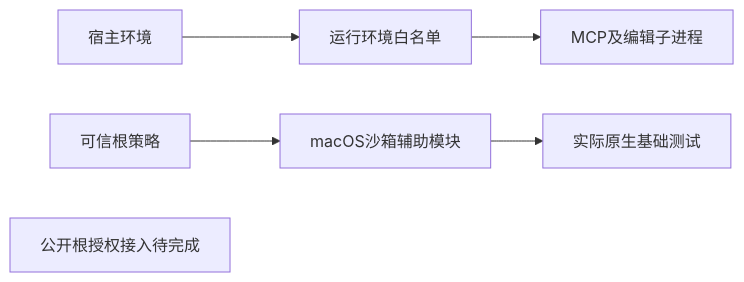
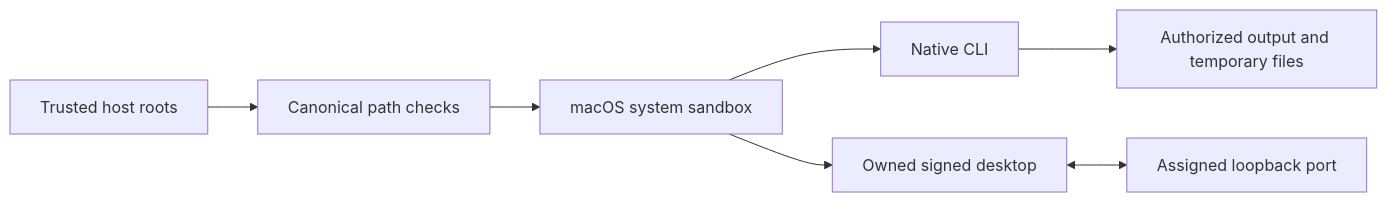
One commit to full-aigc-skills/filmcraft-skills changed the diagram in docs/FilmCraft-Execution-Permissions.zh_CN.md. Above: the diagram before and after it, drawn with Mermaid. The commit also changed other lines of this file and 157 other files, not shown here.

````diff
--- a/docs/FilmCraft-Execution-Permissions.zh_CN.md
+++ b/docs/FilmCraft-Execution-Permissions.zh_CN.md
@@ -9,8 +7,9 @@
 ```mermaid
 flowchart LR
-  Host[宿主环境] --> Filter[运行环境白名单]
-  Filter --> Child[MCP及编辑子进程]
-  Trusted[可信根策略] --> Helper[macOS沙箱辅助模块]
-  Helper --> Probe[实际原生基础测试]
-  Pending[公开根授权接入待完成]
+  Host[Trusted host roots] --> Guard[Canonical path checks]
+  Guard --> Sandbox[macOS system sandbox]
+  Sandbox --> CLI[Native CLI]
+  Sandbox --> Desktop[Owned signed desktop]
+  Desktop <--> Bridge[Assigned loopback port]
+  CLI --> Output[Authorized output and temporary files]
 ```
````
